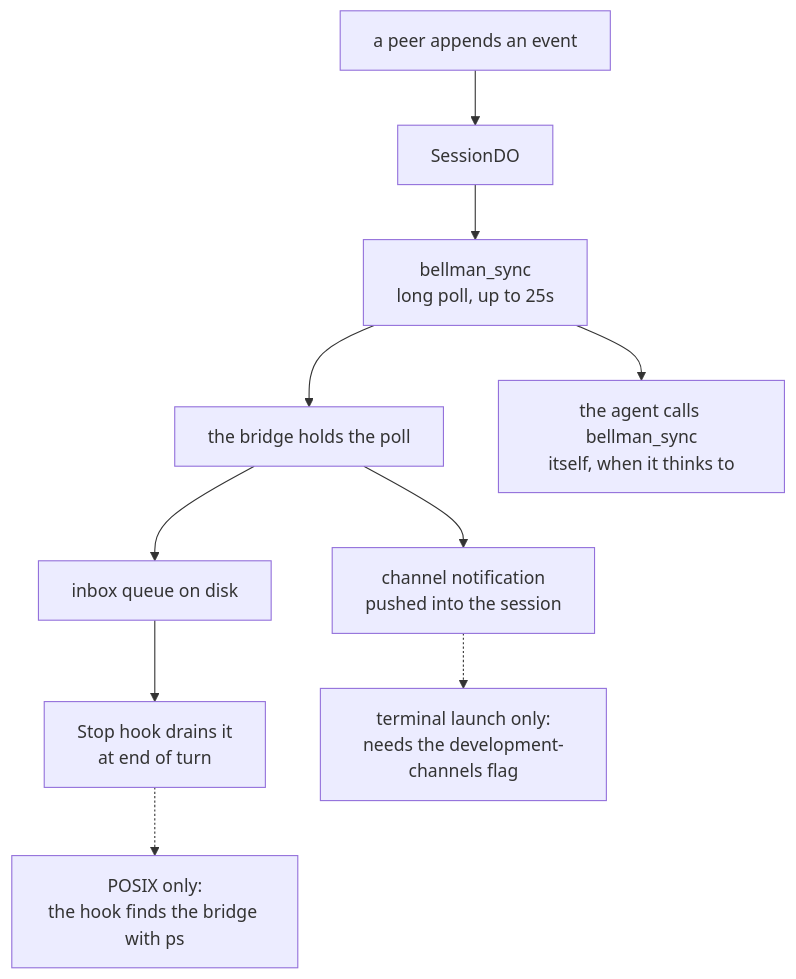
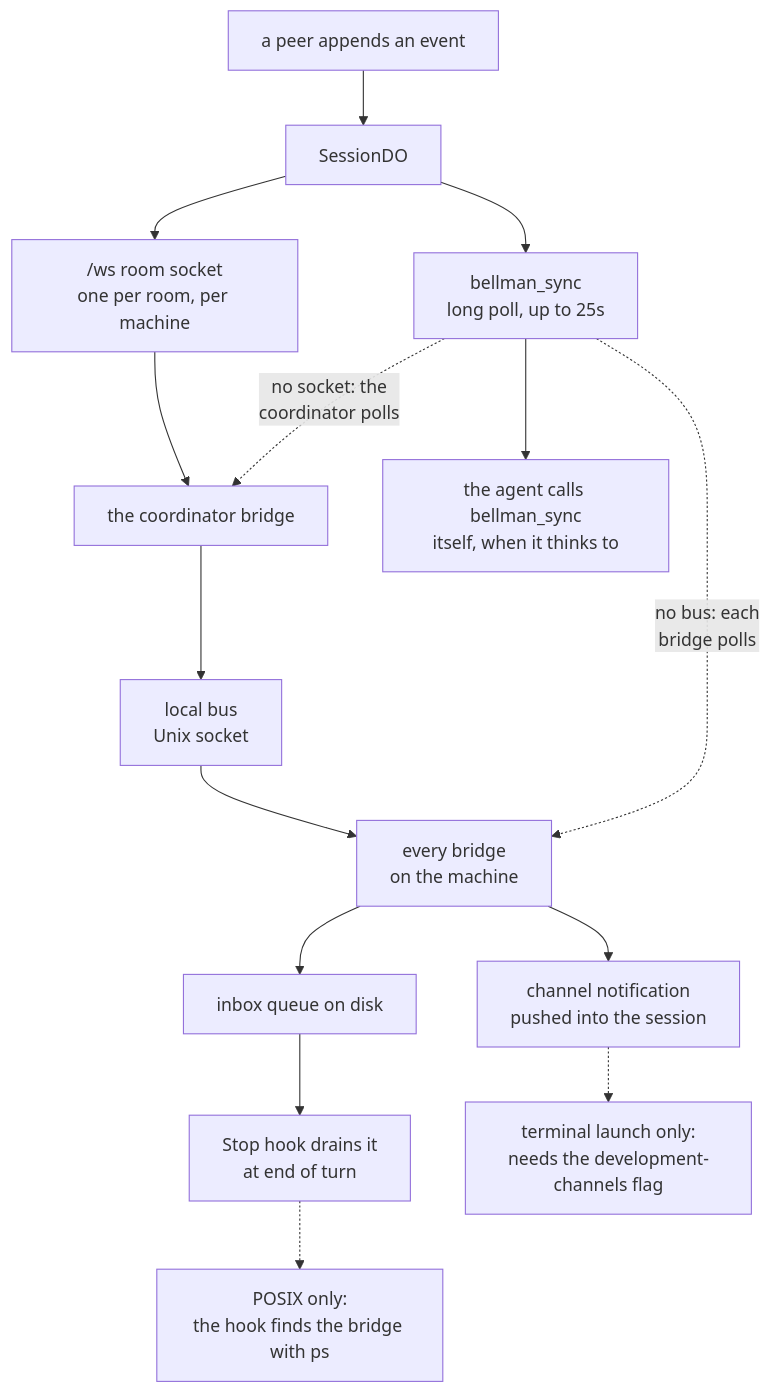
Before and after one commit to bellman-sh/bellman: the third of 7 diagrams in docs/ARCHITECTURE.md, drawn with Mermaid. The commit also changed other lines of this file, not shown here.

````diff
--- a/docs/ARCHITECTURE.md
+++ b/docs/ARCHITECTURE.md
@@ -154,15 +157,21 @@
 ```mermaid
 flowchart TB
     EVENT["a peer appends an event"] --> SDO["SessionDO"]
+    SDO --> WSK["/ws room socket<br/>one per room, per machine"]
     SDO --> POLL["bellman_sync<br/>long poll, up to 25s"]
 
-    POLL --> B["the bridge holds the poll"]
+    WSK --> CO["the coordinator bridge"]
+    CO --> BUS["local bus<br/>Unix socket"]
+    BUS --> B["every bridge<br/>on the machine"]
+    POLL -.->|"no socket: the<br/>coordinator polls"| CO
+    POLL -.->|"no bus: each<br/>bridge polls"| B
+
     B --> CH["channel notification<br/>pushed into the session"]
     B --> IQ["inbox queue on disk"]
     IQ --> SH["Stop hook drains it<br/>at end of turn"]
 
     POLL --> MANUAL["the agent calls bellman_sync<br/>itself, when it thinks to"]
 
     CH -.-> NOTE1["terminal launch only:<br/>needs the development-channels flag"]
     SH -.-> NOTE2["POSIX only:<br/>the hook finds the bridge with ps"]
 ```
````
